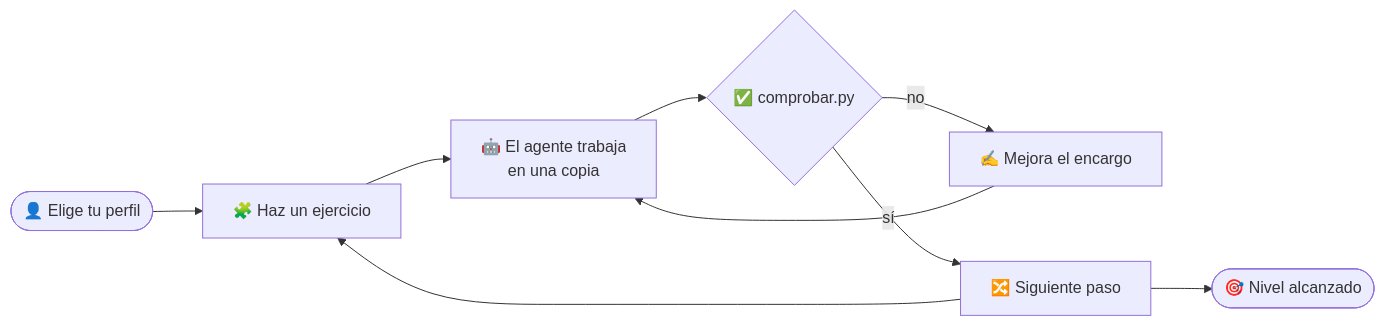
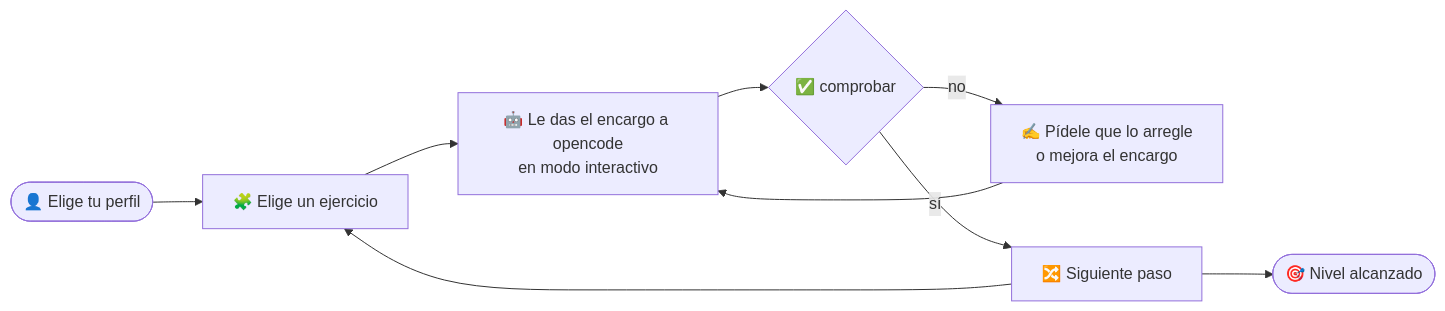
One commit to jlasherasTracasa/taller_semana_ia_2026 changed the diagram in wiki/Como-funciona.md. Above: the diagram before and after it, drawn with Mermaid. The commit also changed other lines of this file and 32 other files, not shown here.

First line of the commit message:
Wiki para Windows, Linux y Mac, modo interactivo, modelos y plan B

````diff
--- a/wiki/Como-funciona.md
+++ b/wiki/Como-funciona.md
@@ -5,10 +5,10 @@
 ```mermaid
 flowchart LR
-  P([👤 Elige tu perfil]) --> E[🧩 Haz un ejercicio]
-  E --> A[🤖 El agente trabaja<br/>en una copia]
-  A --> C{✅ comprobar.py}
-  C -- no --> M[✍️ Mejora el encargo] --> A
+  P([👤 Elige tu perfil]) --> E[🧩 Elige un ejercicio]
+  E --> A[🤖 Le das el encargo a opencode<br/>en modo interactivo]
+  A --> C{✅ comprobar}
+  C -- no --> M[✍️ Pídele que lo arregle<br/>o mejora el encargo] --> A
   C -- sí --> S[🔀 Siguiente paso]
   S --> E
   S --> N([🎯 Nivel alcanzado])
 ```
````
